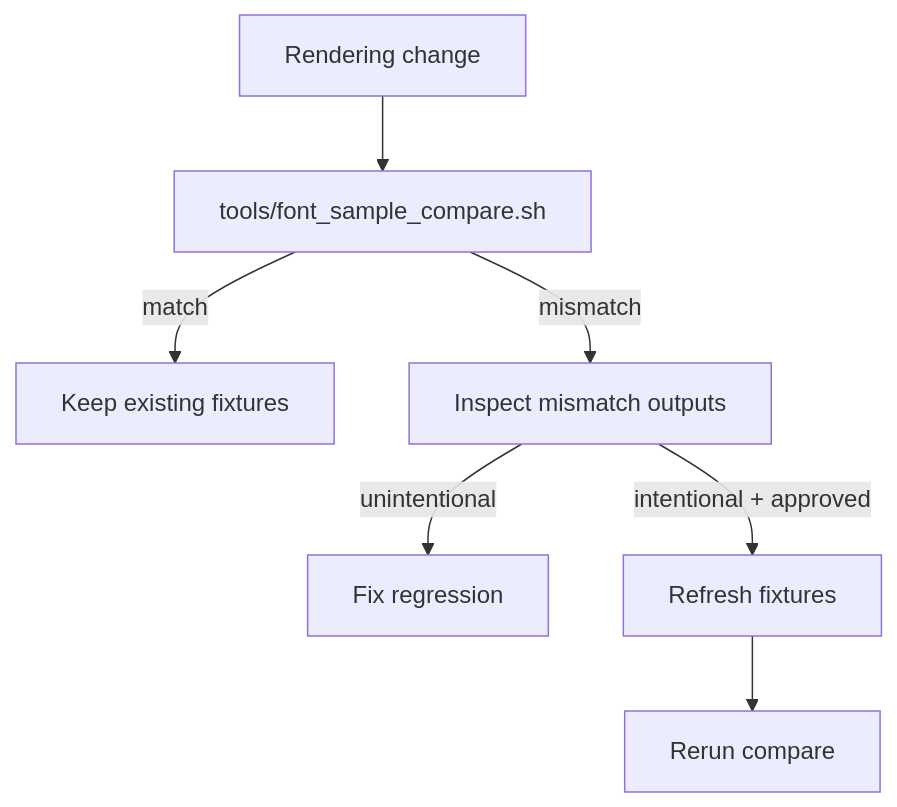
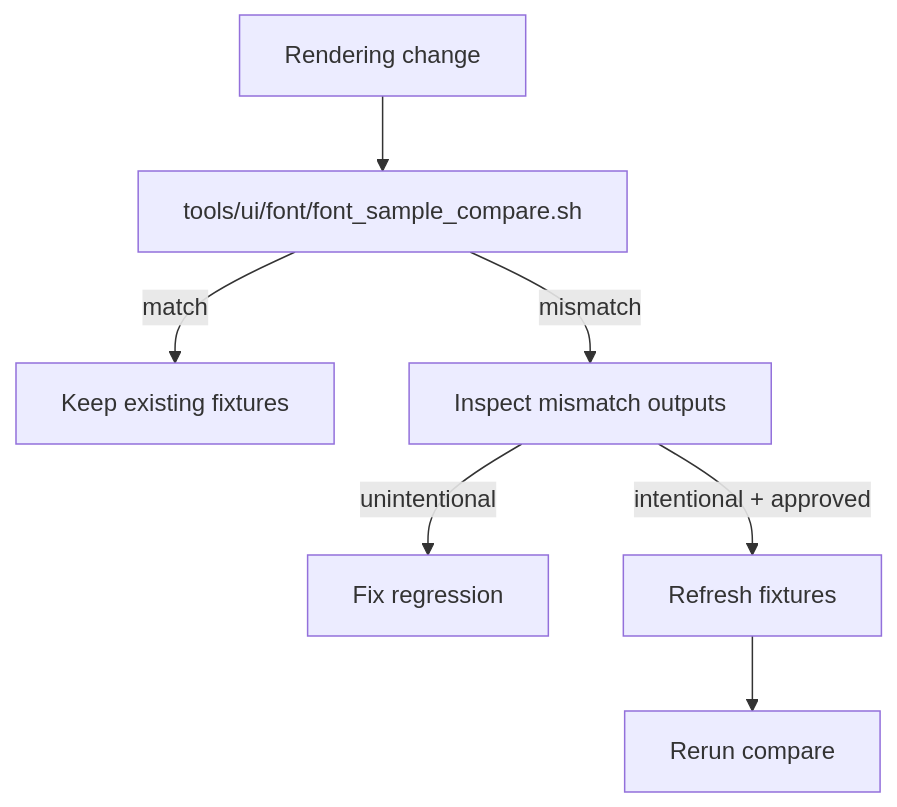
One commit to LaurenceGuws/Zide changed the third of 3 diagrams in app_architecture/ui/font_rendering_architecture.md. Above: the diagram before and after it, drawn with Mermaid. The commit also changed other lines of this file and 95 other files, not shown here.

````diff
--- a/app_architecture/ui/font_rendering_architecture.md
+++ b/app_architecture/ui/font_rendering_architecture.md
@@ -228,9 +228,9 @@
 ```mermaid
 flowchart TD
-    Change[Rendering change] --> Compare[tools/font_sample_compare.sh]
+    Change[Rendering change] --> Compare[tools/ui/font/font_sample_compare.sh]
     Compare -->|match| Keep[Keep existing fixtures]
     Compare -->|mismatch| Review[Inspect mismatch outputs]
     Review -->|unintentional| Fix[Fix regression]
     Review -->|intentional + approved| Refresh[Refresh fixtures]
     Refresh --> Recheck[Rerun compare]
 ```
````
